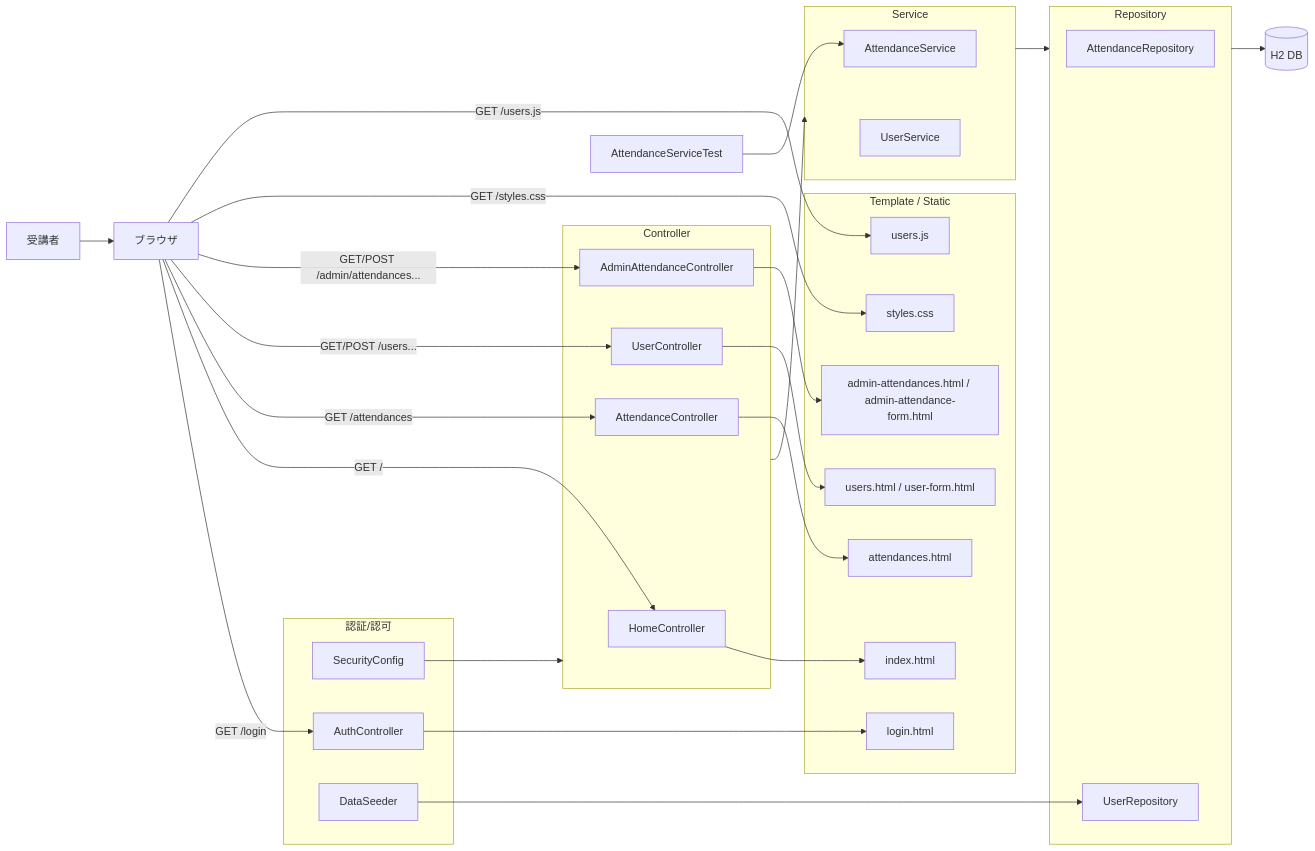
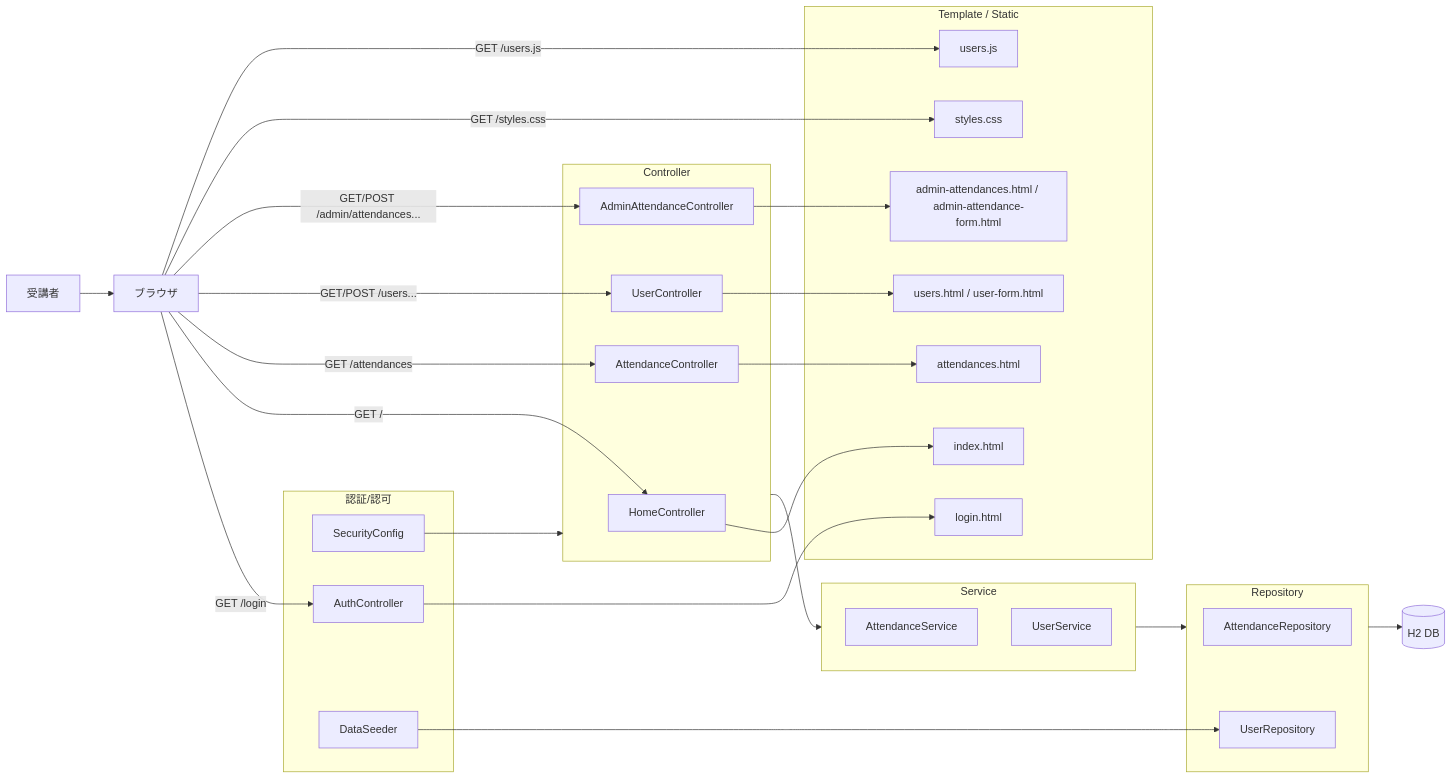
The first of 3 diagrams in docs/curriculum/springboot/lesson05/lesson5.md (kiyomiya38/order-management-springboot), drawn with Mermaid before and after one commit. The commit also changed other lines of this file and 323 other files, not shown here.

````diff
--- a/docs/curriculum/springboot/lesson05/lesson5.md
+++ b/docs/curriculum/springboot/lesson05/lesson5.md
@@ -33,60 +32,59 @@
 ```mermaid
 flowchart LR
   U[受講者] --> B[ブラウザ]
 
   subgraph SEC[認証/認可]
     SC[SecurityConfig]
     AUTHC[AuthController]
     SEED[DataSeeder]
   end
 
   subgraph WEB[Controller]
     HC[HomeController]
     ATC[AttendanceController]
     UC[UserController]
     AAC[AdminAttendanceController]
   end
 
   subgraph SVC[Service]
     AS[AttendanceService]
     US[UserService]
   end
 
   subgraph REPO[Repository]
     AR[AttendanceRepository]
     UR[UserRepository]
   end
 
   subgraph VIEW[Template / Static]
     LOGIN[login.html]
     INDEX[index.html]
     ATS[attendances.html]
     USERS[users.html / user-form.html]
     ADM[admin-attendances.html / admin-attendance-form.html]
     CSS[styles.css]
     JS[users.js]
   end
 
-  TEST[AttendanceServiceTest] --> AS
   SEED --> UR
 
   B -->|GET /login| AUTHC
   B -->|GET /| HC
   B -->|GET /attendances| ATC
   B -->|GET/POST /users...| UC
   B -->|GET/POST /admin/attendances...| AAC
 
   SC --> WEB
   WEB --> SVC
   SVC --> REPO
   REPO --> DB[(H2 DB)]
 
   AUTHC --> LOGIN
   HC --> INDEX
   ATC --> ATS
   UC --> USERS
   AAC --> ADM
 
   B -->|GET /styles.css| CSS
   B -->|GET /users.js| JS
 ```
````
